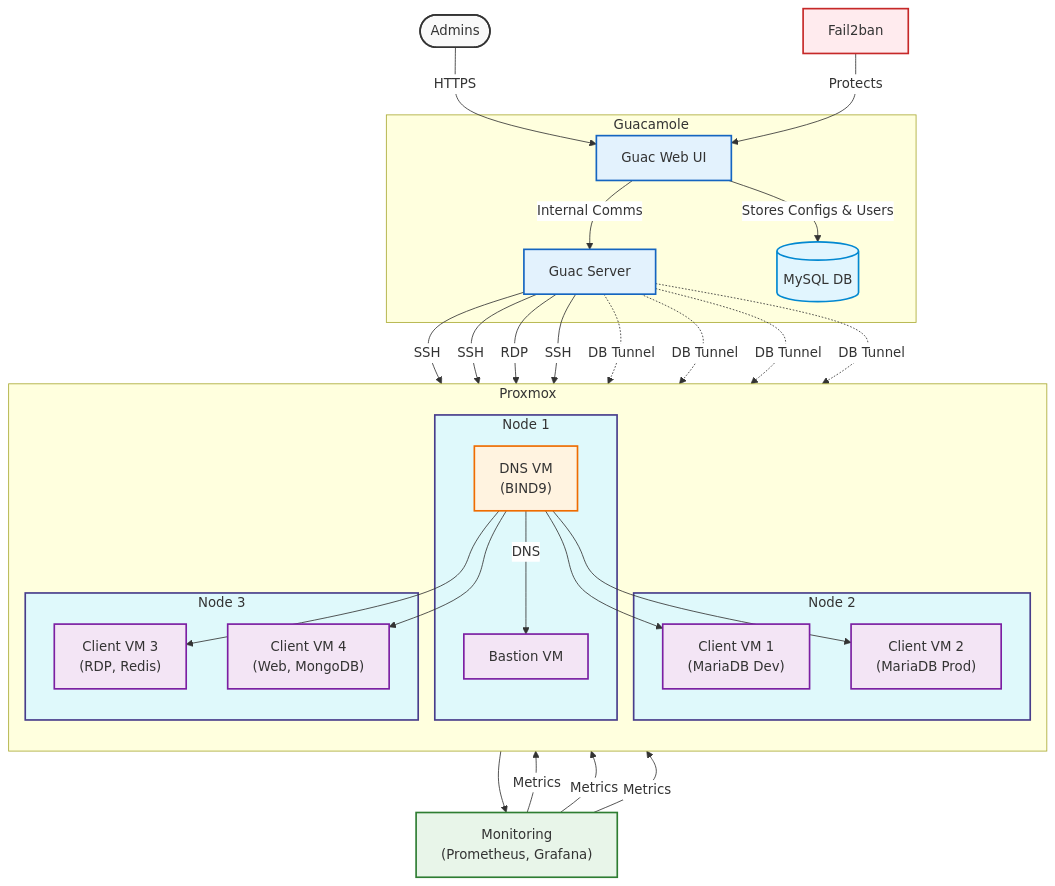
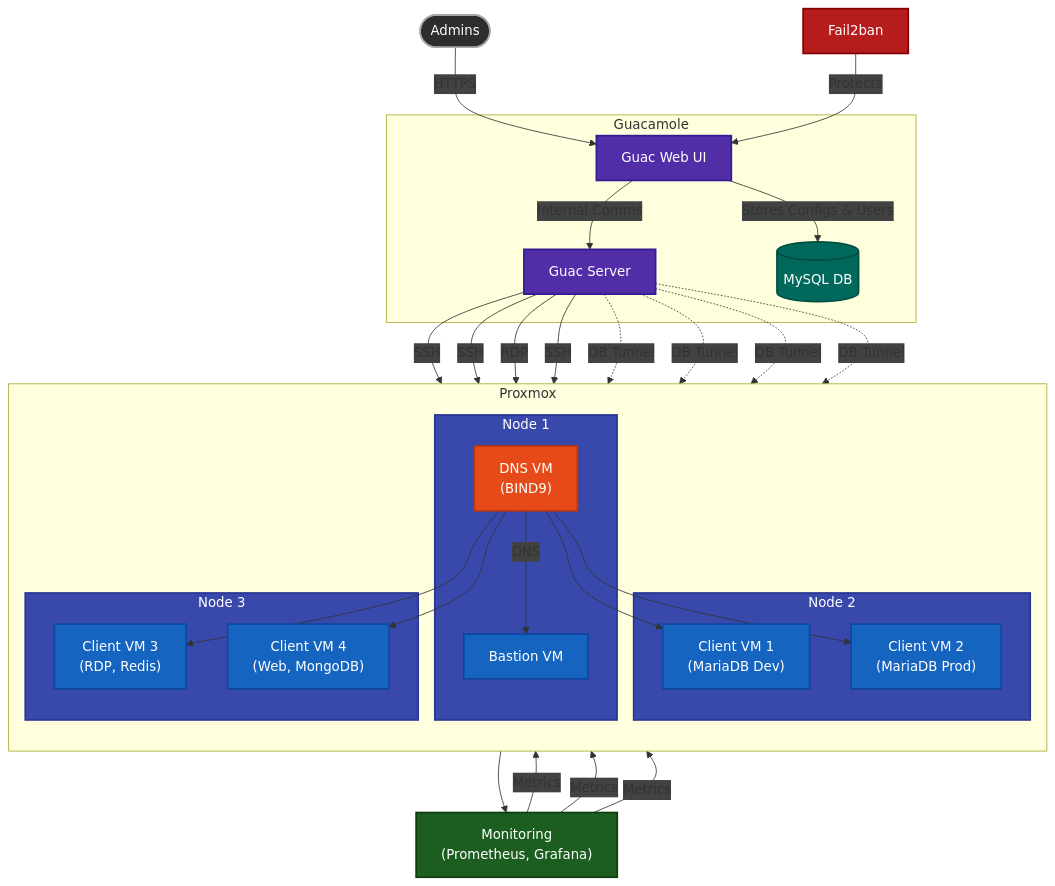
One commit to Luskay5959/Projet-Tutoree changed the second of 2 diagrams in README.md. Above: the diagram before and after it, drawn with Mermaid.

````diff
--- a/README.md
+++ b/README.md
@@ -175,30 +175,26 @@
 ```mermaid
 %%{ init: { "themeVariables": {
     "primaryColor": "#1abc9c",
-    "edgeLabelBackground": "#ffffff",
-    "tertiaryColor": "#e0e0e0",
+    "edgeLabelBackground": "#424242",
+    "tertiaryColor": "#424242",
     "fontFamily": "Arial",
     "useMaxWidth": false
   }} }%%
 flowchart TB
     Admin([Admins])
 
-
     subgraph Proxmox["Proxmox"]
         direction TB
-
 
         subgraph Node1["Node 1"]
             BastionVM["Bastion VM"]
             DNSVM["DNS VM\n(BIND9)"]
         end
 
-
         subgraph Node2["Node 2"]
             Client1VM["Client VM 1\n(MariaDB Dev)"]
             Client2VM["Client VM 2\n(MariaDB Prod)"]
         end
-
 
         subgraph Node3["Node 3"]
             Client3VM["Client VM 3\n(RDP, Redis)"]
@@ -206,9 +202,7 @@
         end
     end
 
-
     MonitoringServer["Monitoring\n(Prometheus, Grafana)"]
-
 
     subgraph Guacamole["Guacamole"]
         GuacWeb["Guac Web UI"]
@@ -216,14 +210,11 @@
         MySQL[(MySQL DB)]
     end
 
-
     Admin -->|"HTTPS"| GuacWeb
     Fail2ban["Fail2ban"] -->|"Protects"| GuacWeb
 
-
     GuacWeb -->|"Internal Comms"| GuacServer
     GuacWeb -->|"Stores Configs & Users"| MySQL
-
 
     DNSVM -->|"DNS"| BastionVM
     DNSVM --> Client1VM
@@ -232,33 +223,29 @@
     DNSVM --> Client4VM
     DNSVM --> MonitoringServer
 
-
     MonitoringServer -->|"Metrics"| Node1
     MonitoringServer -->|"Metrics"| Node2
     MonitoringServer -->|"Metrics"| Node3
-
 
     GuacServer -->|"SSH"| Client1VM
     GuacServer -->|"SSH"| Client2VM
     GuacServer -->|"RDP"| Client3VM
     GuacServer -->|"SSH"| Client4VM
 
-
     GuacServer -.->|"DB Tunnel"| Client1VM
     GuacServer -.->|"DB Tunnel"| Client2VM
     GuacServer -.->|"DB Tunnel"| Client3VM
     GuacServer -.->|"DB Tunnel"| Client4VM
 
-
-    classDef default fill:#f9f9f9,stroke:#333,stroke-width:2px;
-    classDef proxmox fill:#dff9fb,stroke:#483D8B,stroke-width:2px;
-    classDef vm fill:#f3e5f5,stroke:#7b1fa2,stroke-width:2px;
-    classDef database fill:#e1f5fe,stroke:#0288d1,stroke-width:2px;
-    classDef security fill:#ffebee,stroke:#c62828,stroke-width:2px;
-    classDef monitoring fill:#e8f5e9,stroke:#2e7d32,stroke-width:2px;
-    classDef dns fill:#fff3e0,stroke:#ef6c00,stroke-width:2px;
-    classDef guac fill:#e3f2fd,stroke:#1565c0,stroke-width:2px;
-
+    %% Styles mis à jour pour un thème sombre
+    classDef default fill:#2D2D2D,stroke:#AAAAAA,stroke-width:2px,color:#ffffff;
+    classDef proxmox fill:#3949AB,stroke:#283593,stroke-width:2px,color:#ffffff;
+    classDef vm fill:#1565C0,stroke:#0D47A1,stroke-width:2px,color:#ffffff;
+    classDef database fill:#00695C,stroke:#004D40,stroke-width:2px,color:#ffffff;
+    classDef security fill:#B71C1C,stroke:#7F0000,stroke-width:2px,color:#ffffff;
+    classDef monitoring fill:#1B5E20,stroke:#0D3B0D,stroke-width:2px,color:#ffffff;
+    classDef dns fill:#E64A19,stroke:#BF360C,stroke-width:2px,color:#ffffff;
+    classDef guac fill:#512DA8,stroke:#311B92,stroke-width:2px,color:#ffffff;
 
     class Node1,Node2,Node3 proxmox;
     class BastionVM,Client1VM,Client2VM,Client3VM,Client4VM vm;
````
